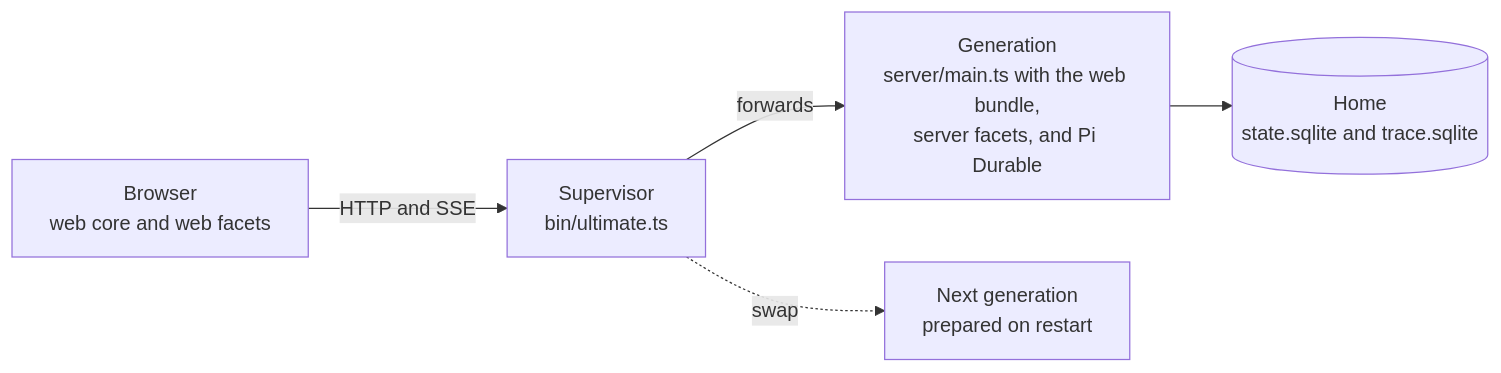
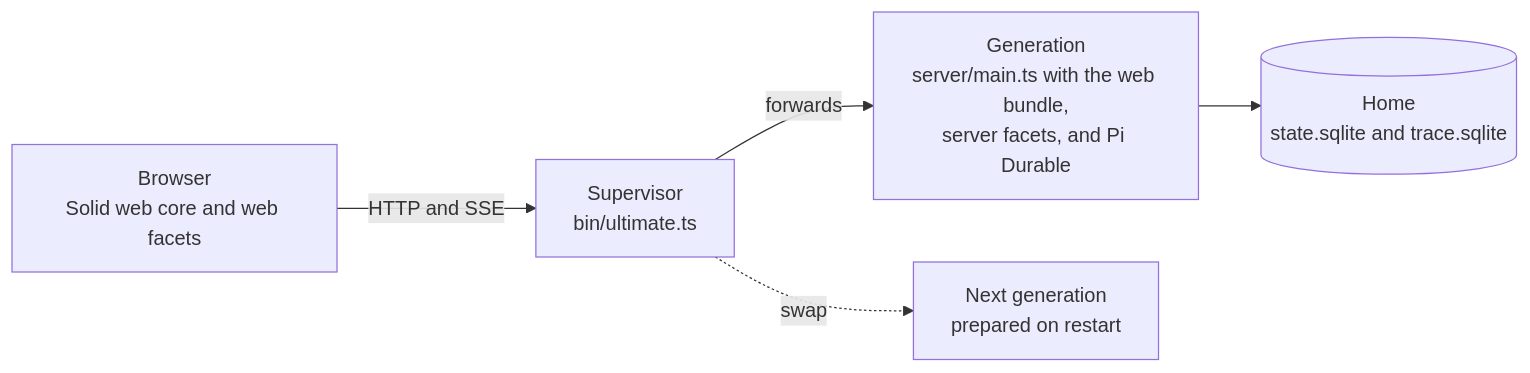
The diagram in docs/north-star/architecture.md (pascalandy/uao), drawn with Mermaid before and after one commit. The commit also changed other lines of this file and 31 other files, not shown here.

````diff
--- a/docs/north-star/architecture.md
+++ b/docs/north-star/architecture.md
@@ -7,16 +7,16 @@
 ```mermaid
 flowchart LR
   accTitle: Processes of Ultimate
   accDescr: The browser talks to the supervisor, which forwards to one generation. The generation owns the storage of the home. A restart prepares the next generation next to the current one.
 
-  browser["Browser<br/>web core and web facets"]
+  browser["Browser<br/>Solid web core and web facets"]
   sup["Supervisor<br/>bin/ultimate.ts"]
   gen["Generation<br/>server/main.ts with the web bundle,<br/>server facets, and Pi Durable"]
   next["Next generation<br/>prepared on restart"]
   home[("Home<br/>state.sqlite and trace.sqlite")]
 
   browser -- "HTTP and SSE" --> sup
   sup -- "forwards" --> gen
   gen --> home
   sup -. "swap" .-> next
 ```
````
